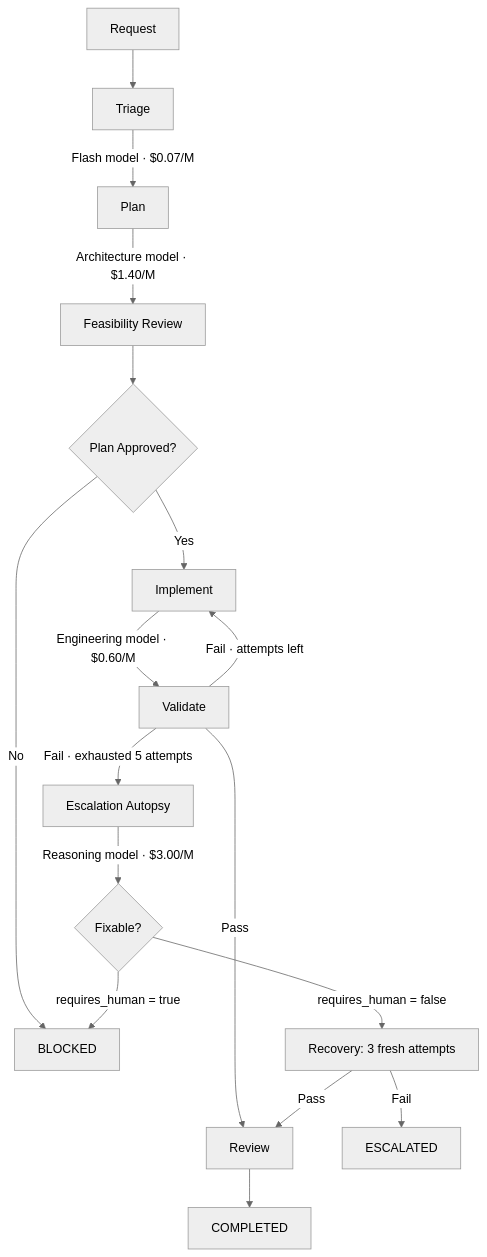
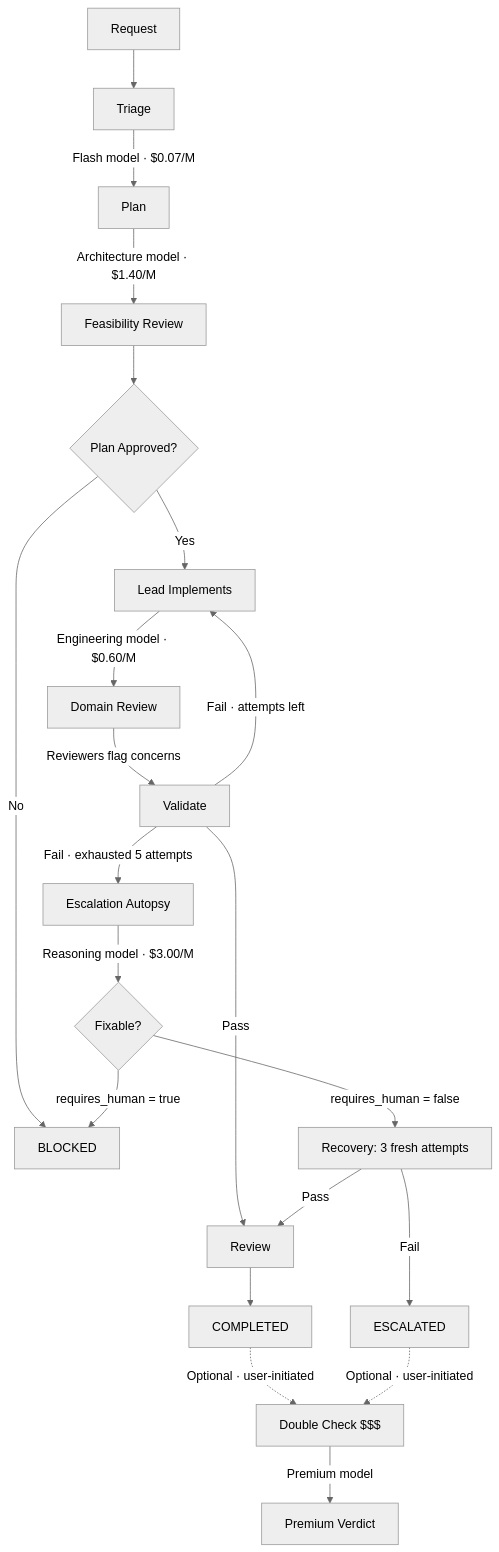
The diagram in README.md (ohioy000/autornd-os), drawn with Mermaid (neutral theme) before and after one commit. The commit also changed other lines of this file and 21 other files, not shown here.

First line of the commit message:
Add lead+review, double check, model validation, multi-user, settings, and docs

````diff
--- a/README.md
+++ b/README.md
@@ -51,19 +55,23 @@
 ```mermaid
 flowchart TD
     A[Request] --> B[Triage]
     B -->|"Flash model · $0.07/M"| C[Plan]
     C -->|"Architecture model · $1.40/M"| D[Feasibility Review]
     D --> E{Plan Approved?}
     E -->|No| F[BLOCKED]
-    E -->|Yes| G[Implement]
-    G -->|"Engineering model · $0.60/M"| H[Validate]
+    E -->|Yes| G["Lead Implements"]
+    G -->|"Engineering model · $0.60/M"| G2["Domain Review"]
+    G2 -->|"Reviewers flag concerns"| H[Validate]
     H -->|Pass| I[Review]
     H -->|Fail · attempts left| G
     H -->|"Fail · exhausted 5 attempts"| J[Escalation Autopsy]
     J -->|"Reasoning model · $3.00/M"| K{Fixable?}
     K -->|"requires_human = true"| F
     K -->|"requires_human = false"| L["Recovery: 3 fresh attempts"]
     L -->|Pass| I
     L -->|Fail| M[ESCALATED]
     I --> N[COMPLETED]
+    N -.->|"Optional · user-initiated"| O["Double Check $$$"]
+    O -->|"Premium model"| P["Premium Verdict"]
+    M -.->|"Optional · user-initiated"| O
 ```
````
